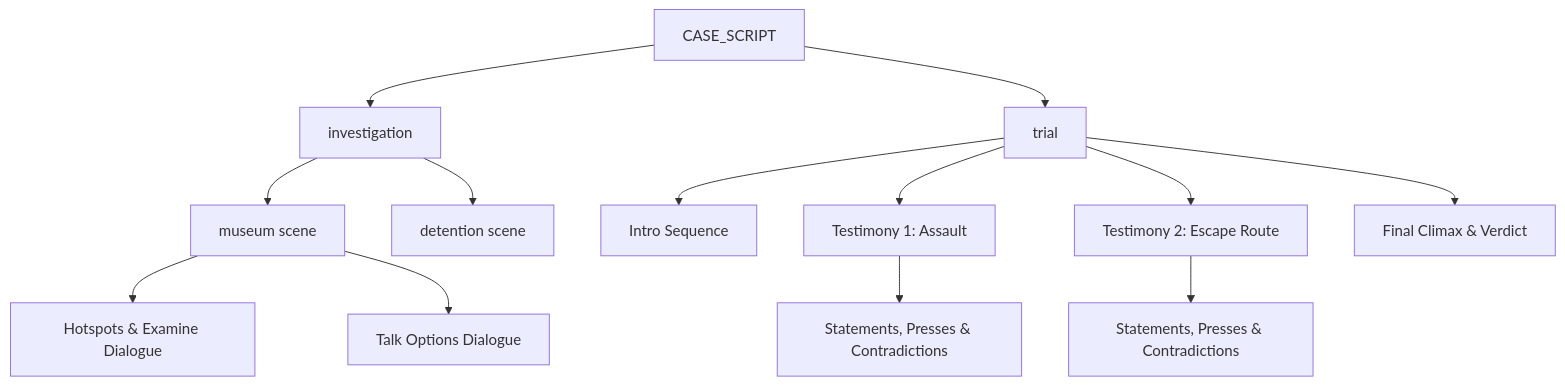
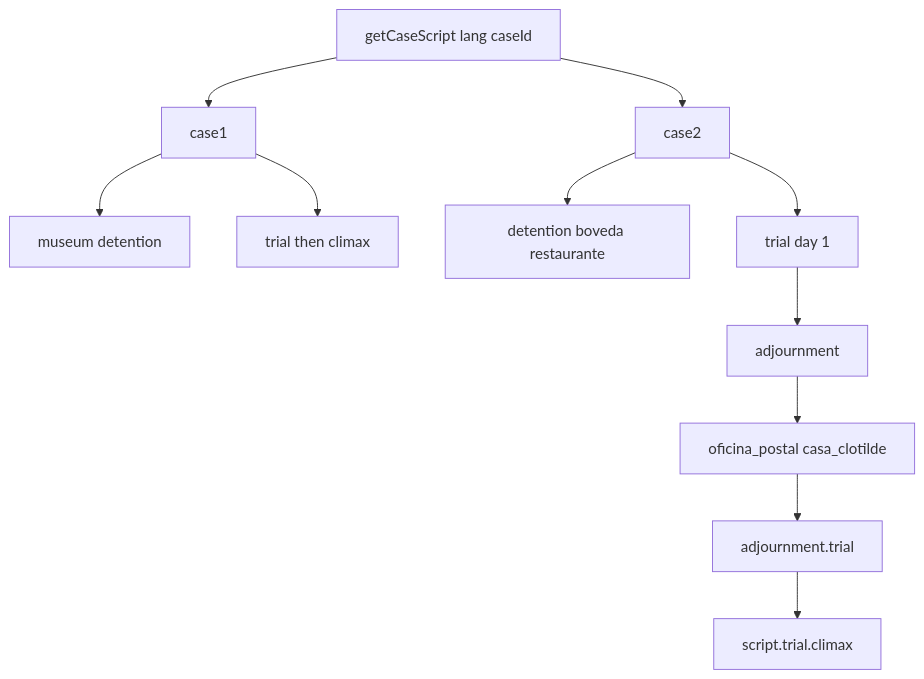
The diagram in docs/architecture/case-scripting.md (luisoncpp/aa-chapulin), drawn with Mermaid before and after one commit. The commit also changed other lines of this file and 34 other files, not shown here.

First line of the commit message:
Split GameEngine under 200 lines and cover Case 2 adjournment.

````diff
--- a/docs/architecture/case-scripting.md
+++ b/docs/architecture/case-scripting.md
@@ -9,19 +9,13 @@
 ```mermaid
 graph TD
-    Script[CASE_SCRIPT] --> Inv[investigation]
-    Script --> Trial[trial]
-    
-    Inv --> Mus[museum scene]
-    Inv --> Det[detention scene]
-    
-    Mus --> Hotspots1[Hotspots & Examine Dialogue]
-    Mus --> Talk1[Talk Options Dialogue]
-    
-    Trial --> TIntro[Intro Sequence]
-    Trial --> Test1[Testimony 1: Assault]
-    Trial --> Test2[Testimony 2: Escape Route]
-    Trial --> Climax[Final Climax & Verdict]
-    
-    Test1 --> Stmt1[Statements, Presses & Contradictions]
-    Test2 --> Stmt2[Statements, Presses & Contradictions]
+    Facade[getCaseScript lang caseId] --> C1[case1]
+    Facade --> C2[case2]
+    C1 --> Inv1[museum detention]
+    C1 --> Trial1[trial then climax]
+    C2 --> Inv2[detention boveda restaurante]
+    C2 --> Day1[trial day 1]
+    Day1 --> Adj[adjournment]
+    Adj --> Inv3[oficina_postal casa_clotilde]
+    Inv3 --> Day2[adjournment.trial]
+    Day2 --> Climax[script.trial.climax]
 ```
````
